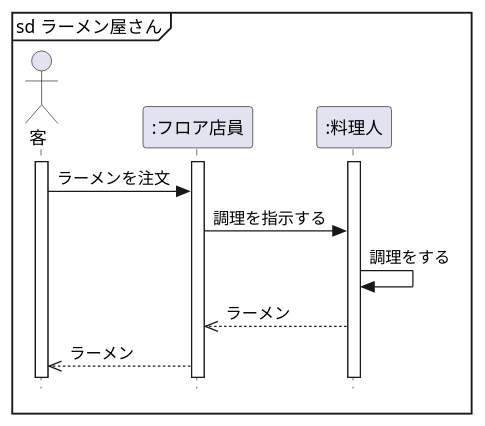
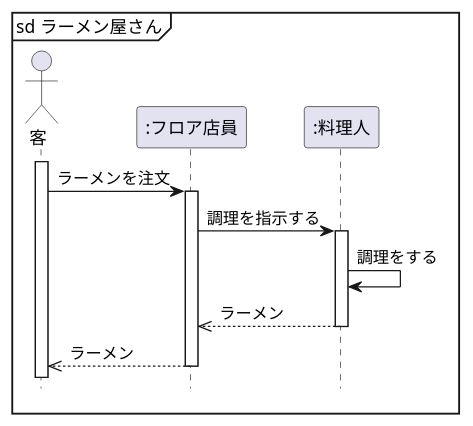
The diagram in 演習4-1_SD_ラーメン屋さんでの注文.pu (a-tamura22/uml-introduction), drawn with PlantUML before and after one commit. The commit also changed 1 other file, not shown here.

```diff
--- a/演習4-1_SD_ラーメン屋さんでの注文.pu
+++ b/演習4-1_SD_ラーメン屋さんでの注文.pu
@@ -1,17 +1,21 @@
 @startuml ラーメン
 hide footbox
 Actor 客 as customer
 participant ":フロア店員" as salesperson
 participant ":料理人" as cook
-' 厳密なUMLに準拠する
-skinparam style strictuml
+
 activate customer
-activate salesperson
-activate cook
+
 mainframe sd ラーメン屋さん
 customer -> salesperson : ラーメンを注文
+
+activate salesperson
 salesperson -> cook : 調理を指示する
+
+activate cook
 cook -> cook :調理をする
 salesperson <<-- cook : ラーメン
+deactivate cook
 customer <<-- salesperson : ラーメン
+deactivate salesperson
 @enduml
```
